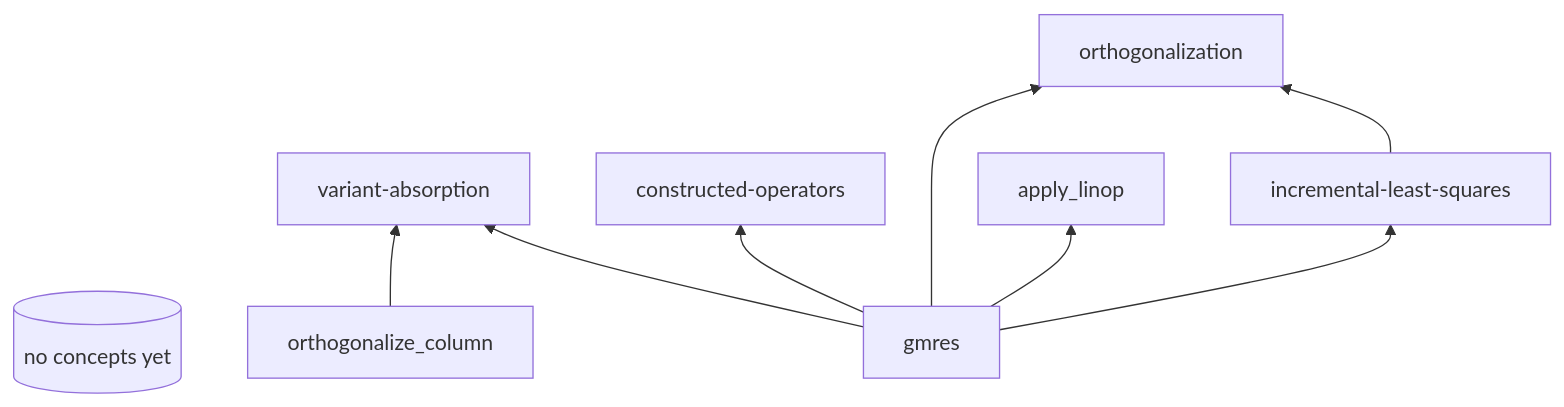
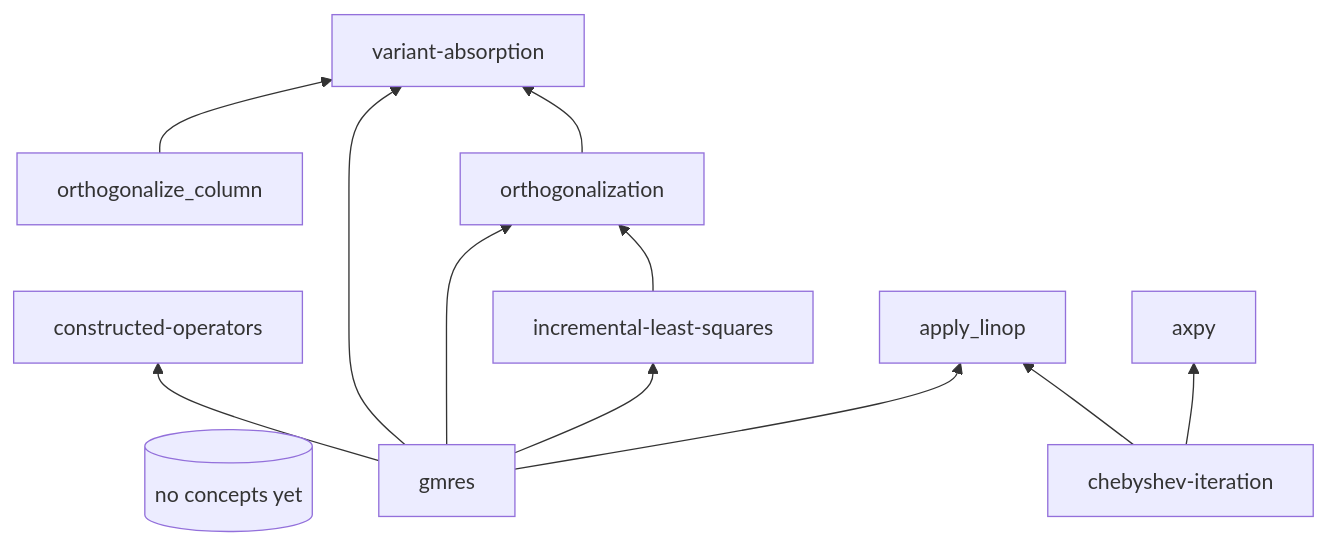
Before and after one commit to crutcher/palace_whiteroom: the second of 5 diagrams in book/src/concepts/dependency-map.md, drawn with Mermaid. The commit also changed 5 other files, not shown here.

````diff
--- a/book/src/concepts/dependency-map.md
+++ b/book/src/concepts/dependency-map.md
@@ -41,12 +41,15 @@
 ```mermaid
 graph BT
   %% Empty — populate as concepts are extracted.
   placeholder[(no concepts yet)]
   orthogonalize_column --> variant-absorption
   gmres --> constructed-operators
   gmres --> variant-absorption
   gmres --> orthogonalization
   gmres --> incremental-least-squares
   incremental-least-squares --> orthogonalization
   gmres --> apply_linop
+  orthogonalization --> variant-absorption
+  chebyshev-iteration --> apply_linop
+  chebyshev-iteration --> axpy
 ```
````
